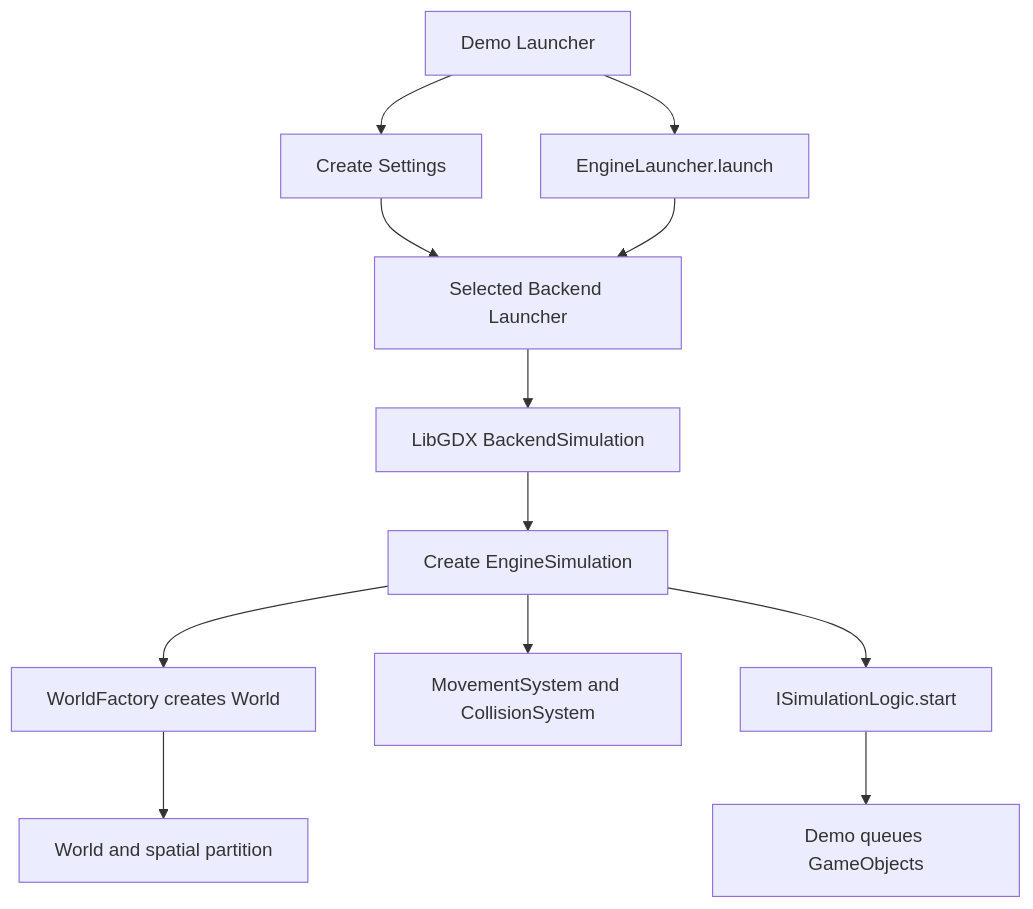
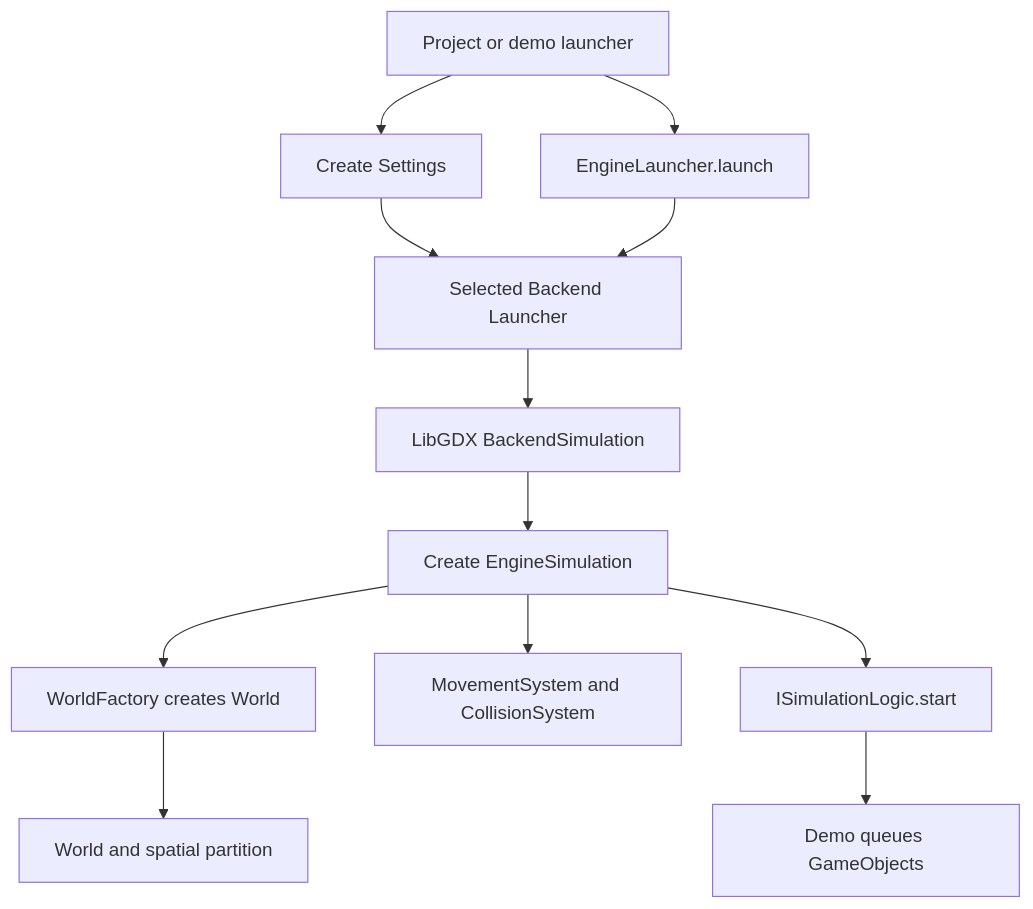
One commit to bxkos20/PhysicsEngine changed the first of 2 diagrams in docs/arquitecture/ARCHITECTURE.md. Above: the diagram before and after it, drawn with Mermaid. The commit also changed other lines of this file and 5 other files, not shown here.

Commit message:
refactor: update documentation to clarify project structure and demo usage

````diff
--- a/docs/arquitecture/ARCHITECTURE.md
+++ b/docs/arquitecture/ARCHITECTURE.md
@@ -35,14 +36,14 @@
 ```mermaid
 flowchart TD
-    DemoLauncher[Demo Launcher] --> Settings[Create Settings]
-    DemoLauncher --> EngineLauncher[EngineLauncher.launch]
+    AppLauncher[Project or demo launcher] --> Settings[Create Settings]
+    AppLauncher --> EngineLauncher[EngineLauncher.launch]
     Settings --> Backend[Selected Backend Launcher]
     EngineLauncher --> Backend
     Backend --> BackendSimulation[LibGDX BackendSimulation]
     BackendSimulation --> EngineSimulation[Create EngineSimulation]
     EngineSimulation --> WorldFactory[WorldFactory creates World]
     EngineSimulation --> CoreSystems[MovementSystem and CollisionSystem]
     EngineSimulation --> SimStart[ISimulationLogic.start]
     WorldFactory --> World[World and spatial partition]
     SimStart --> Queue[Demo queues GameObjects]
 ```
````
